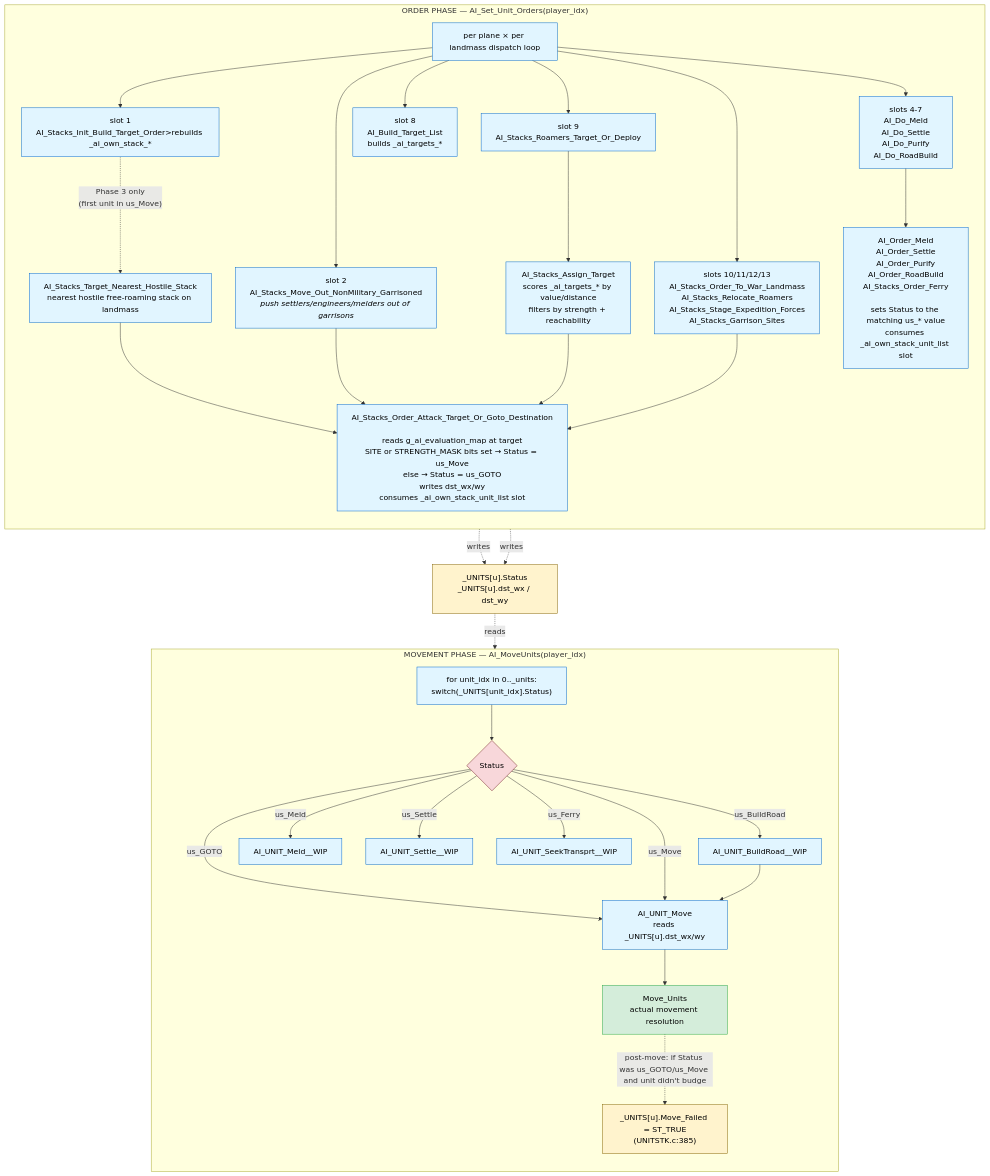
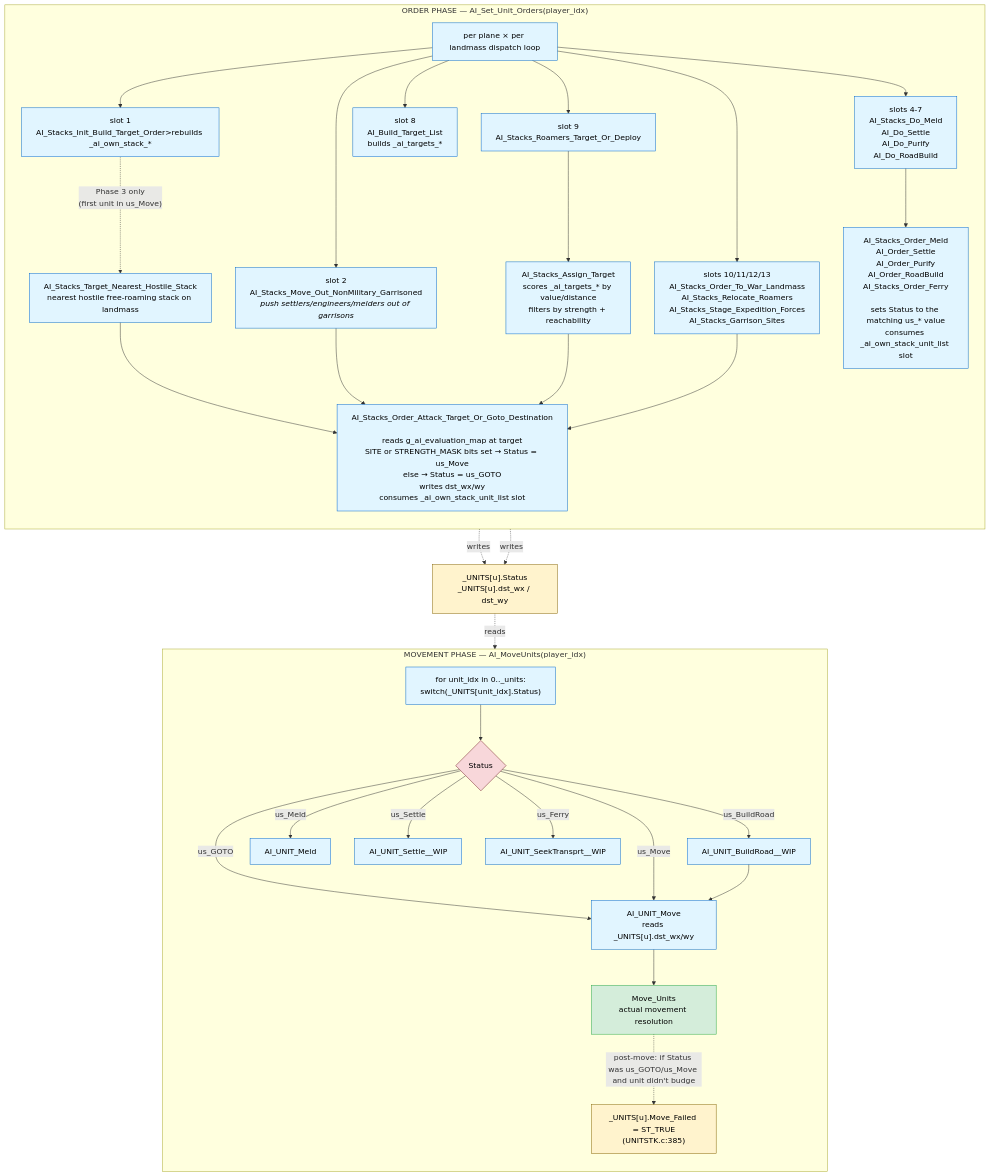
The second of 3 diagrams in doc/ComputerPlayer/AI-Turn-Diagrams.md (jbalcomb/ReMoM), drawn with Mermaid before and after one commit. The commit also changed 29 other files, not shown here.

````diff
--- a/doc/ComputerPlayer/AI-Turn-Diagrams.md
+++ b/doc/ComputerPlayer/AI-Turn-Diagrams.md
@@ -39,56 +39,56 @@
 ```mermaid
 flowchart TD
     classDef phase fill:#f5f5f5,stroke:#666,stroke-width:2px,color:#000
     classDef func fill:#e1f5ff,stroke:#0066cc,color:#000
     classDef state fill:#fff3cd,stroke:#856404,color:#000
     classDef terminal fill:#d4edda,stroke:#28a745,color:#000
     classDef gate fill:#f8d7da,stroke:#721c24,color:#000
 
     subgraph PhaseOrders["ORDER PHASE — AI_Set_Unit_Orders(player_idx)"]
         direction TB
         Dispatch["per plane × per landmass dispatch loop"]:::func
 
         Dispatch --> Slot1["slot 1<br/>AI_Stacks_Init_Build_Target_Order>rebuilds _ai_own_stack_*</i>"]:::func
         Dispatch --> Slot2["slot 2<br/>AI_Stacks_Move_Out_NonMilitary_Garrisoned<br/><i>push settlers/engineers/melders out of garrisons</i>"]:::func
-        Dispatch --> Slots4_7["slots 4-7<br/>AI_Do_Meld<br/>AI_Do_Settle<br/>AI_Do_Purify<br/>AI_Do_RoadBuild"]:::func
+        Dispatch --> Slots4_7["slots 4-7<br/>AI_Stacks_Do_Meld<br/>AI_Do_Settle<br/>AI_Do_Purify<br/>AI_Do_RoadBuild"]:::func
         Dispatch --> Slot8["slot 8<br/>AI_Build_Target_List<br/>builds _ai_targets_*"]:::func
         Dispatch --> Slot9["slot 9<br/>AI_Stacks_Roamers_Target_Or_Deploy"]:::func
         Dispatch --> SlotsRally["slots 10/11/12/13<br/>AI_Stacks_Order_To_War_Landmass<br/>AI_Stacks_Relocate_Roamers<br/>AI_Stacks_Stage_Expedition_Forces<br/>AI_Stacks_Garrison_Sites"]:::func
 
         Slot1 -. "Phase 3 only<br/>(first unit in us_Move)" .-> FindNearest["AI_Stacks_Target_Nearest_Hostile_Stack<br/>nearest hostile free-roaming stack on landmass"]:::func
         FindNearest --> SetTgt
 
         Slot2 --> SetTgt
         Slot9 --> AssignTgt["AI_Stacks_Assign_Target<br/>scores _ai_targets_* by value/distance<br/>filters by strength + reachability"]:::func
         AssignTgt --> SetTgt
         SlotsRally --> SetTgt
 
         SetTgt["AI_Stacks_Order_Attack_Target_Or_Goto_Destination<br/><br/>reads g_ai_evaluation_map at target<br/>SITE or STRENGTH_MASK bits set → Status = us_Move<br/>else → Status = us_GOTO<br/>writes dst_wx/wy<br/>consumes _ai_own_stack_unit_list slot"]:::func
 
-        Slots4_7 --> OrderXxx["AI_Order_Meld<br/>AI_Order_Settle<br/>AI_Order_Purify<br/>AI_Order_RoadBuild<br/>AI_Stacks_Order_Ferry<br/><br/>sets Status to the matching us_* value<br/>consumes _ai_own_stack_unit_list slot"]:::func
+        Slots4_7 --> OrderXxx["AI_Stacks_Order_Meld<br/>AI_Order_Settle<br/>AI_Order_Purify<br/>AI_Order_RoadBuild<br/>AI_Stacks_Order_Ferry<br/><br/>sets Status to the matching us_* value<br/>consumes _ai_own_stack_unit_list slot"]:::func
     end
 
     SetTgt -. "writes" .-> UnitFields
     OrderXxx -. "writes" .-> UnitFields
 
     UnitFields["_UNITS[u].Status<br/>_UNITS[u].dst_wx / dst_wy"]:::state
 
     subgraph PhaseMove["MOVEMENT PHASE — AI_MoveUnits(player_idx)"]
         direction TB
         MoveLoop["for unit_idx in 0.._units:<br/>switch(_UNITS[unit_idx].Status)"]:::func
         MoveLoop --> StatusGate{Status}:::gate
         StatusGate -- "us_GOTO" --> UnitMove
         StatusGate -- "us_Move" --> UnitMove
         StatusGate -- "us_BuildRoad" --> BuildRoad["AI_UNIT_BuildRoad__WIP"]:::func
         BuildRoad --> UnitMove
-        StatusGate -- "us_Meld" --> UnitMeld["AI_UNIT_Meld__WIP"]:::func
+        StatusGate -- "us_Meld" --> UnitMeld["AI_UNIT_Meld"]:::func
         StatusGate -- "us_Settle" --> UnitSettle["AI_UNIT_Settle__WIP"]:::func
         StatusGate -- "us_Ferry" --> UnitSeek["AI_UNIT_SeekTransprt__WIP"]:::func
 
         UnitMove["AI_UNIT_Move<br/>reads _UNITS[u].dst_wx/wy"]:::func --> MoveUnits["Move_Units<br/>actual movement resolution"]:::terminal
 
         MoveUnits -. "post-move: if Status was us_GOTO/us_Move and unit didn't budge" .-> MoveFailed["_UNITS[u].Move_Failed = ST_TRUE<br/>(UNITSTK.c:385)"]:::state
     end
 
     UnitFields -. "reads" .-> MoveLoop
 ```
````
